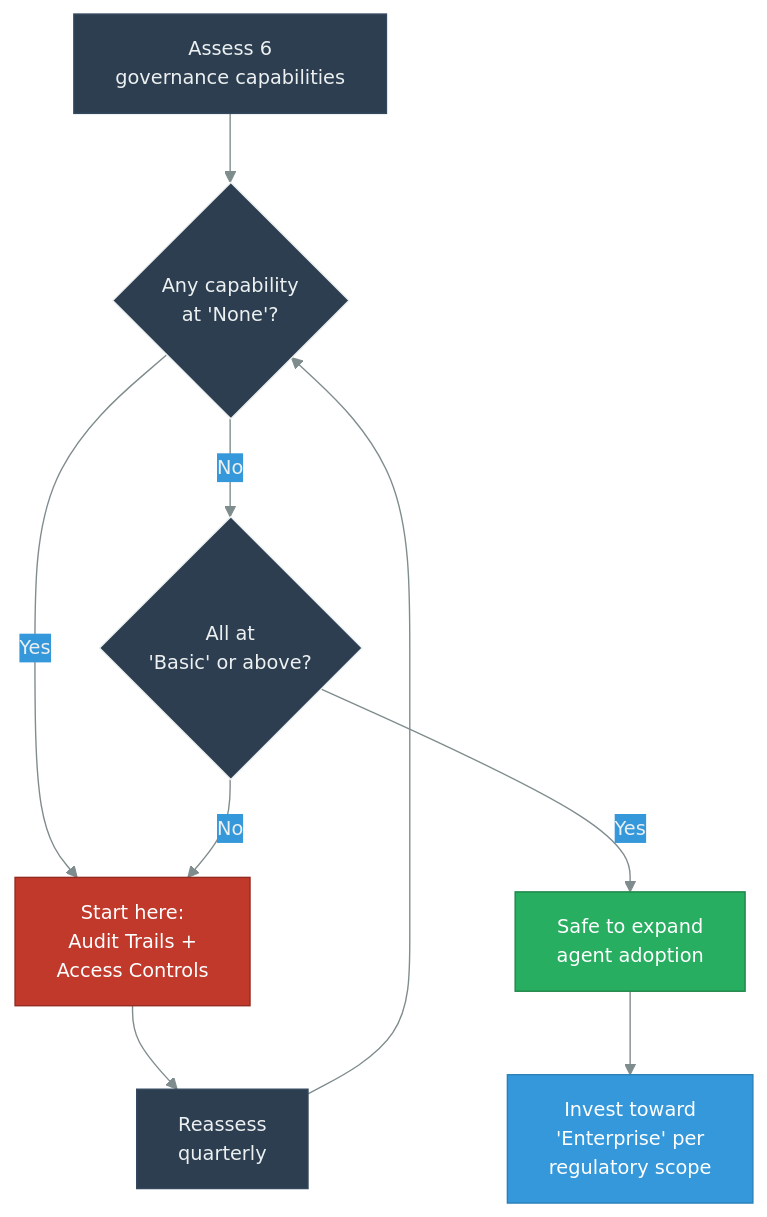
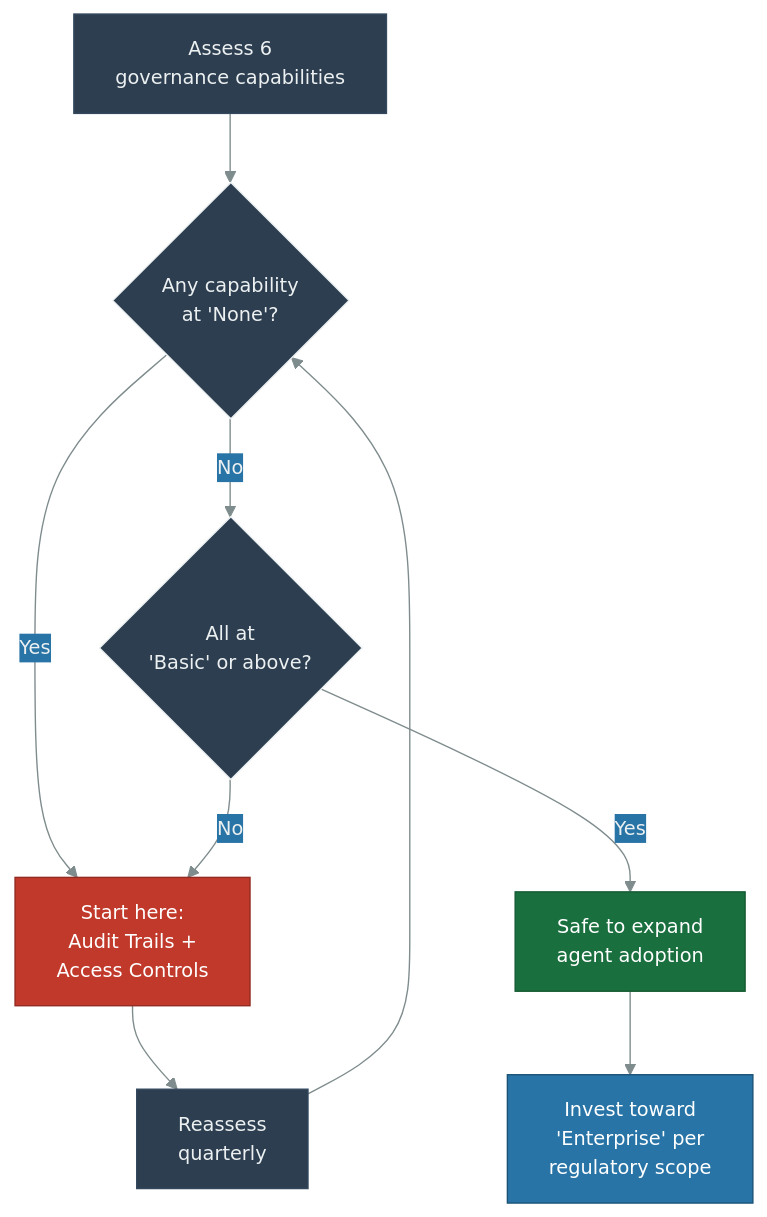
One commit to danielmeppiel/agentic-sdlc-handbook changed the diagram in handbook/ch05-governance-for-ai-assisted-delivery.qmd. Above: the diagram before and after it, drawn with Mermaid. The commit also changed 11 other files, not shown here.

First line of the commit message:
fix: WCAG AA+ contrast compliance for all diagram colors

````diff
--- a/handbook/ch05-governance-for-ai-assisted-delivery.qmd
+++ b/handbook/ch05-governance-for-ai-assisted-delivery.qmd
@@ -52,22 +52,22 @@
 ```{mermaid}
 %%| fig-width: 4.5
 %%| fig-cap: "Governance capability quick-start assessment"
 %%| fig-alt: "A top-down decision flowchart for governance assessment. Starting at 'Assess 6 governance capabilities', it flows to a decision diamond: 'Any capability at None?' If Yes, go to 'Start here: Audit Trails + Access Controls' (red, indicating urgency). If No, check 'All at Basic or above?' If Yes, go to 'Safe to expand agent adoption' (green, indicating success), then to 'Invest toward Enterprise per regulatory scope' (blue). If No at the second decision, also go to the Audit Trails step. From Audit Trails, flow to 'Reassess quarterly', which loops back to the initial assessment."
 %%| label: fig-governance-assessment
-%%{init: {'theme': 'base', 'themeVariables': {'primaryColor': '#2c3e50', 'primaryTextColor': '#ecf0f1', 'primaryBorderColor': '#34495e', 'lineColor': '#7f8c8d', 'secondaryColor': '#3498db', 'tertiaryColor': '#ecf0f1', 'fontSize': '14px'}}}%%
+%%{init: {'theme': 'base', 'themeVariables': {'primaryColor': '#2c3e50', 'primaryTextColor': '#ecf0f1', 'primaryBorderColor': '#34495e', 'lineColor': '#7f8c8d', 'secondaryColor': '#2874a6', 'tertiaryColor': '#ecf0f1', 'fontSize': '14px'}}}%%
 flowchart TD
     START["Assess 6<br/>governance capabilities"] --> Q1{"Any capability<br/>at 'None'?"}
     Q1 -->|Yes| FIX["Start here:<br/>Audit Trails +<br/>Access Controls"]
     Q1 -->|No| Q2{"All at<br/>'Basic' or above?"}
     Q2 -->|Yes| EXPAND["Safe to expand<br/>agent adoption"]
     Q2 -->|No| FIX
     FIX --> REASSESS["Reassess<br/>quarterly"]
     EXPAND --> MATURE["Invest toward<br/>'Enterprise' per<br/>regulatory scope"]
     REASSESS --> Q1
 
     style Q1 fill:#2c3e50,stroke:#ecf0f1,color:#ecf0f1
     style Q2 fill:#2c3e50,stroke:#ecf0f1,color:#ecf0f1
     style FIX fill:#c0392b,stroke:#922b21,color:#fff
-    style EXPAND fill:#27ae60,stroke:#1e8449,color:#fff
-    style MATURE fill:#3498db,stroke:#2980b9,color:#fff
+    style EXPAND fill:#196f3d,stroke:#145a32,color:#fff
+    style MATURE fill:#2874a6,stroke:#1a5276,color:#fff
 ```
````
